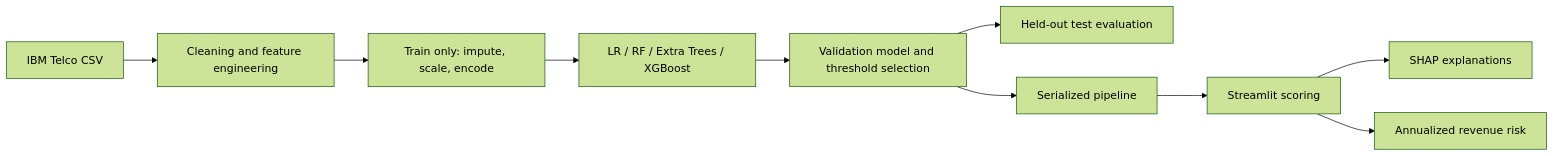
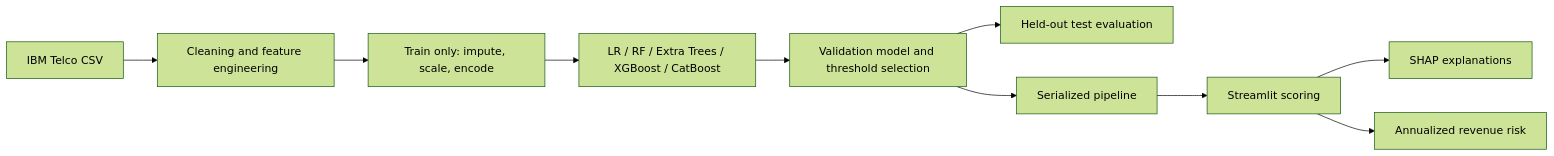
Before and after one commit to Integenpiyush/customer-churn-prediction-revenue-risk: the diagram in README.md, drawn with Mermaid (forest theme). The commit also changed other lines of this file and 34 other files, not shown here.

````diff
--- a/README.md
+++ b/README.md
@@ -22,12 +22,12 @@
 ```mermaid
 flowchart LR
   A[IBM Telco CSV] --> B[Cleaning and feature engineering]
   B --> C[Train only: impute, scale, encode]
-  C --> D[LR / RF / Extra Trees / XGBoost]
+  C --> D[LR / RF / Extra Trees / XGBoost / CatBoost]
   D --> E[Validation model and threshold selection]
   E --> F[Held-out test evaluation]
   E --> G[Serialized pipeline]
   G --> H[Streamlit scoring]
   H --> I[SHAP explanations]
   H --> J[Annualized revenue risk]
 ```
````
